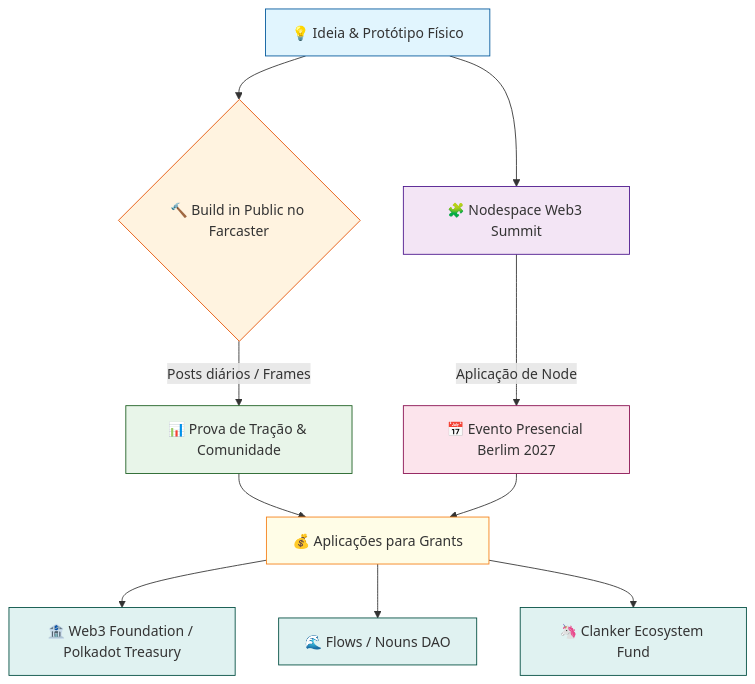
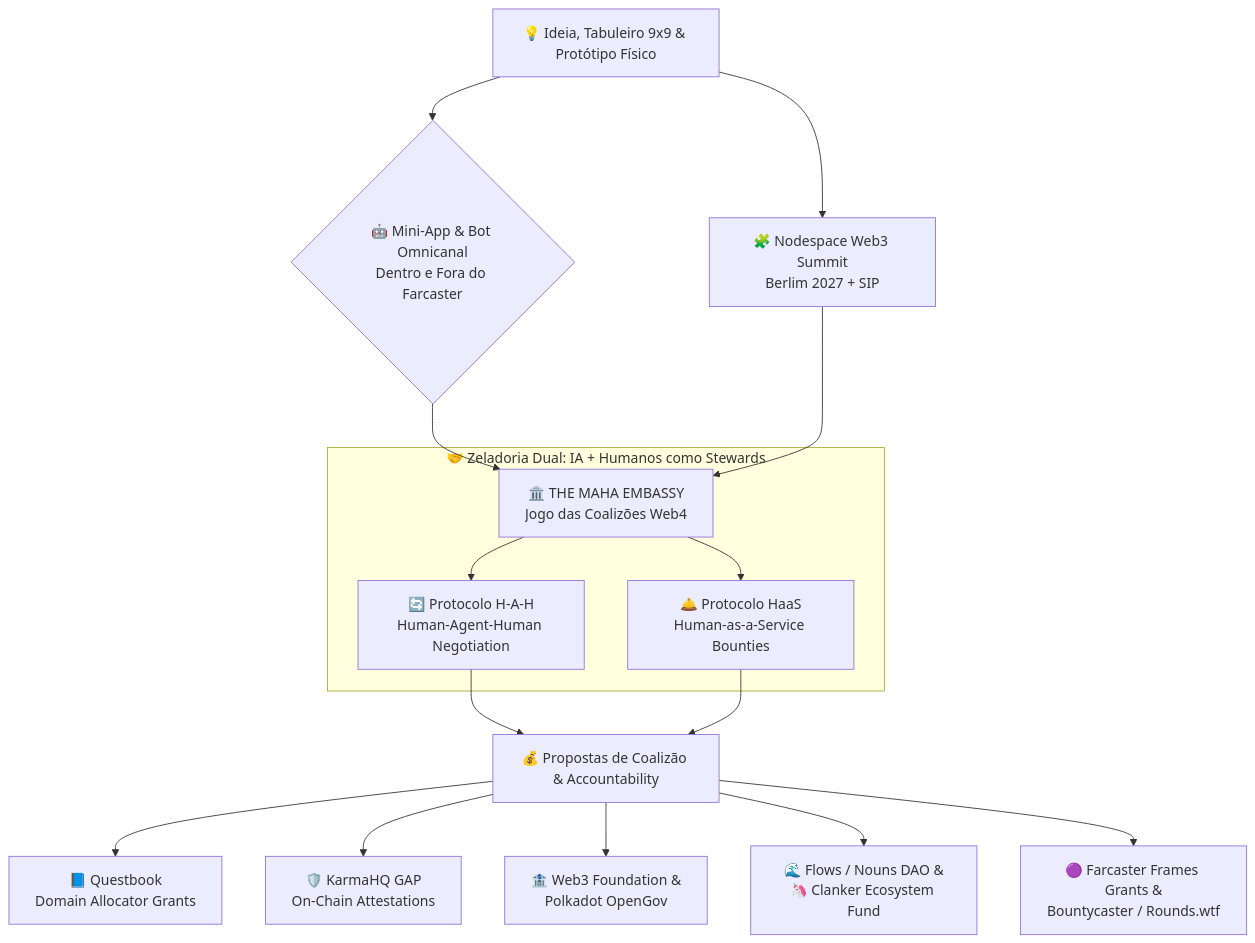
Before and after one commit to compilatorum/maha-grid: the diagram in README.md, drawn with Mermaid. The commit also changed other lines of this file and 10 other files, not shown here.

Commit message:
feat(web4-embassy): add H-A-H & HaaS Steward Embassy, omnichannel bot/mini-app specs, Questbook, KarmaHQ GAP & Farcaster Frames grant templates

````diff
--- a/README.md
+++ b/README.md
@@ -11,22 +9,22 @@
 ```mermaid
 graph TD
-    A[💡 Ideia & Protótipo Físico] --> B{🔨 Build in Public no Farcaster}
-    B -->|Posts diários / Frames| C[📊 Prova de Tração & Comunidade]
-    A --> D[🧩 Nodespace Web3 Summit]
-    D -->|Aplicação de Node| E[📅 Evento Presencial Berlim 2027]
-    C --> F[💰 Aplicações para Grants]
-    E --> F
-    F --> G[🏦 Web3 Foundation / Polkadot Treasury]
-    F --> H[🌊 Flows / Nouns DAO]
-    F --> I[🦄 Clanker Ecosystem Fund]
+    A[💡 Ideia, Tabuleiro 9x9 & Protótipo Físico] --> B{🤖 Mini-App & Bot Omnicanal<br/>Dentro e Fora do Farcaster}
+    A --> D[🧩 Nodespace Web3 Summit<br/>Berlim 2027 + SIP]
     
-    style A fill:#e1f5fe,stroke:#01579b
-    style B fill:#fff3e0,stroke:#e65100
-    style C fill:#e8f5e9,stroke:#1b5e20
-    style D fill:#f3e5f5,stroke:#4a148c
-    style E fill:#fce4ec,stroke:#880e4f
-    style F fill:#fffde7,stroke:#f57f17
-    style G fill:#e0f2f1,stroke:#004d40
-    style H fill:#e0f2f1,stroke:#004d40
-    style I fill:#e0f2f1,stroke:#004d40
+    B --> E[🏛️ THE MAHA EMBASSY<br/>Jogo das Coalizões Web4]
+    D --> E
+    
+    subgraph EMBASSY_CORE["🤝 Zeladoria Dual: IA + Humanos como Stewards"]
+        E --> HAH[🔄 Protocolo H-A-H<br/>Human-Agent-Human Negotiation]
+        E --> HAAS[🛎️ Protocolo HaaS<br/>Human-as-a-Service Bounties]
+    end
+
+    HAH --> F[💰 Propostas de Coalizão & Accountability]
+    HAAS --> F
+
+    F --> G[📘 Questbook<br/>Domain Allocator Grants]
+    F --> K[🛡️ KarmaHQ GAP<br/>On-Chain Attestations]
+    F --> W[🏦 Web3 Foundation &<br/>Polkadot OpenGov]
+    F --> N[🌊 Flows / Nouns DAO &<br/>🦄 Clanker Ecosystem Fund]
+    F --> FCF[🟣 Farcaster Frames Grants &<br/>Bountycaster / Rounds.wtf]
 ```
````
